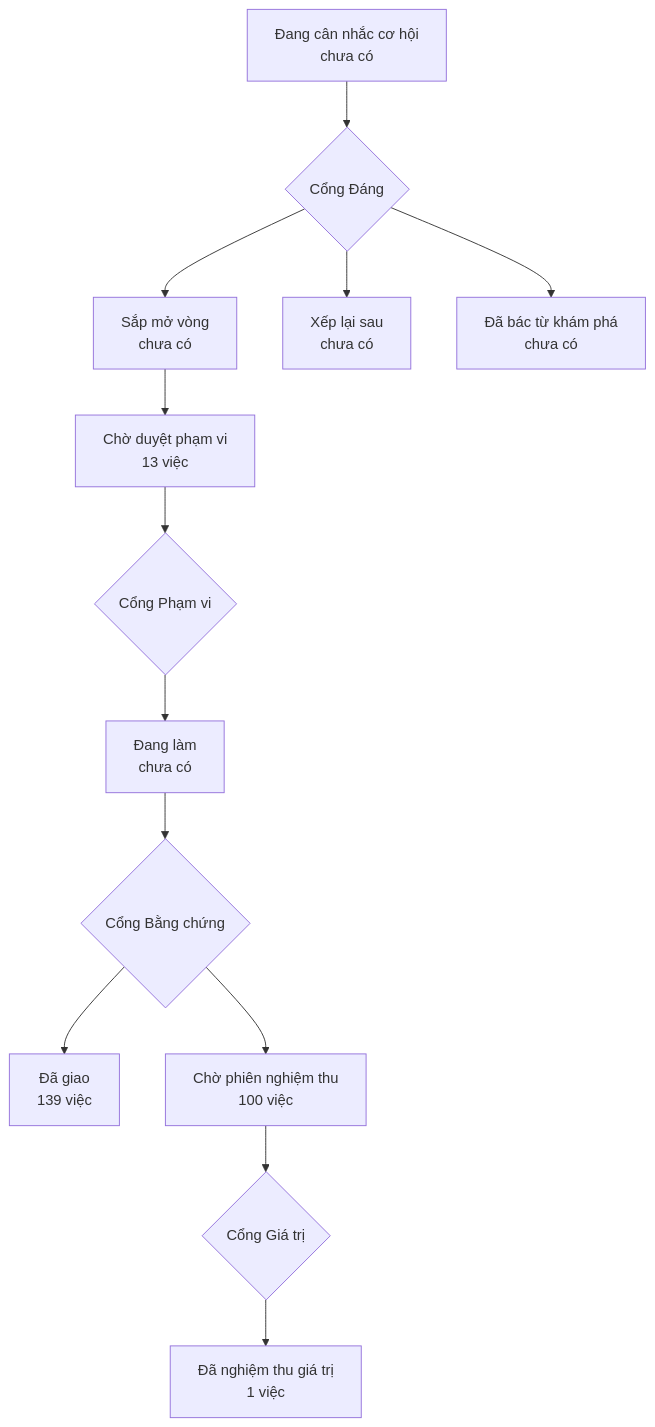
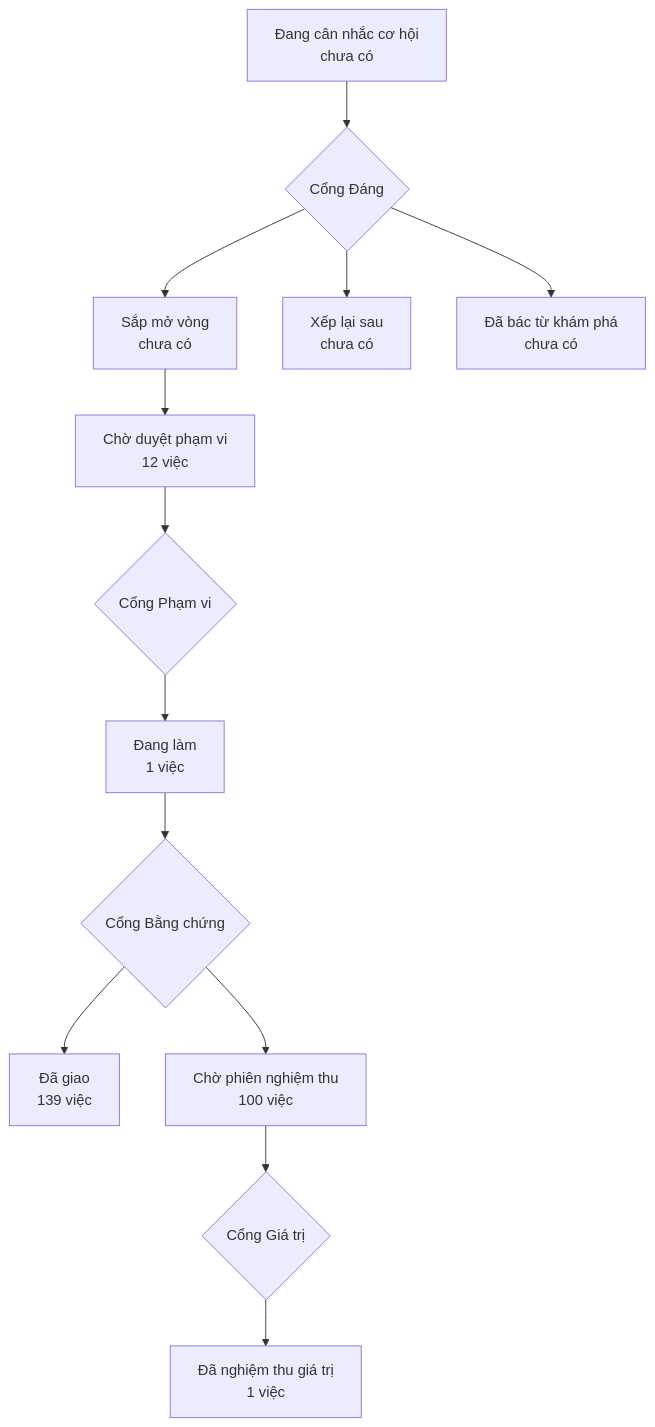
Before and after one commit to phanlemanh/onehub-invest: the diagram in PRODUCT-MAP.md, drawn with Mermaid. The commit also changed other lines of this file and 2 other files, not shown here.

Commit message:
docs(acceptance): duyệt Cổng Phạm vi ghep-anh-tren-the-gan-nhan — Mạnh

````diff
--- a/PRODUCT-MAP.md
+++ b/PRODUCT-MAP.md
@@ -7,12 +7,12 @@
 ```mermaid
 flowchart TD
   A["Đang cân nhắc cơ hội<br/>chưa có"] --> GD{"Cổng Đáng"}
   GD --> B["Sắp mở vòng<br/>chưa có"]
   GD --> XL["Xếp lại sau<br/>chưa có"]
   GD --> DB["Đã bác từ khám phá<br/>chưa có"]
-  B --> CD["Chờ duyệt phạm vi<br/>13 việc"] --> GP{"Cổng Phạm vi"}
-  GP --> DL["Đang làm<br/>chưa có"] --> GB{"Cổng Bằng chứng"}
+  B --> CD["Chờ duyệt phạm vi<br/>12 việc"] --> GP{"Cổng Phạm vi"}
+  GP --> DL["Đang làm<br/>1 việc"] --> GB{"Cổng Bằng chứng"}
   GB --> DG["Đã giao<br/>139 việc"]
   GB --> CN["Chờ phiên nghiệm thu<br/>100 việc"] --> GG{"Cổng Giá trị"}
   GG --> NT["Đã nghiệm thu giá trị<br/>1 việc"]
 ```
````
